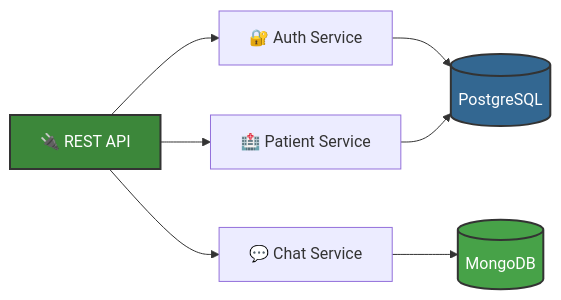
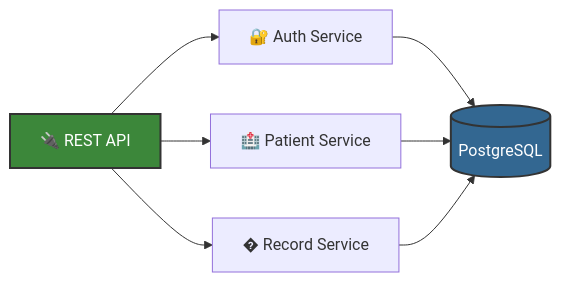
One commit to dIAgnoseTeam/dIAgnose changed the third of 5 diagrams in README.md. Above: the diagram before and after it, drawn with Mermaid. The commit also changed other lines of this file, not shown here.

````diff
--- a/README.md
+++ b/README.md
@@ -97,14 +96,13 @@
 ```mermaid
 graph LR
     API[🔌 REST API] --> Auth[🔐 Auth Service]
     API --> Patient[🏥 Patient Service]
-    API --> Chat[💬 Chat Service]
+    API --> Record[� Record Service]
     
     Auth --> PG[(PostgreSQL)]
     Patient --> PG
-    Chat --> MG[(MongoDB)]
+    Record --> PG
     
     style API fill:#3c873a,stroke:#333,stroke-width:2px,color:#fff
     style PG fill:#336791,stroke:#333,stroke-width:2px,color:#fff
-    style MG fill:#47a248,stroke:#333,stroke-width:2px,color:#fff
 ```
````
